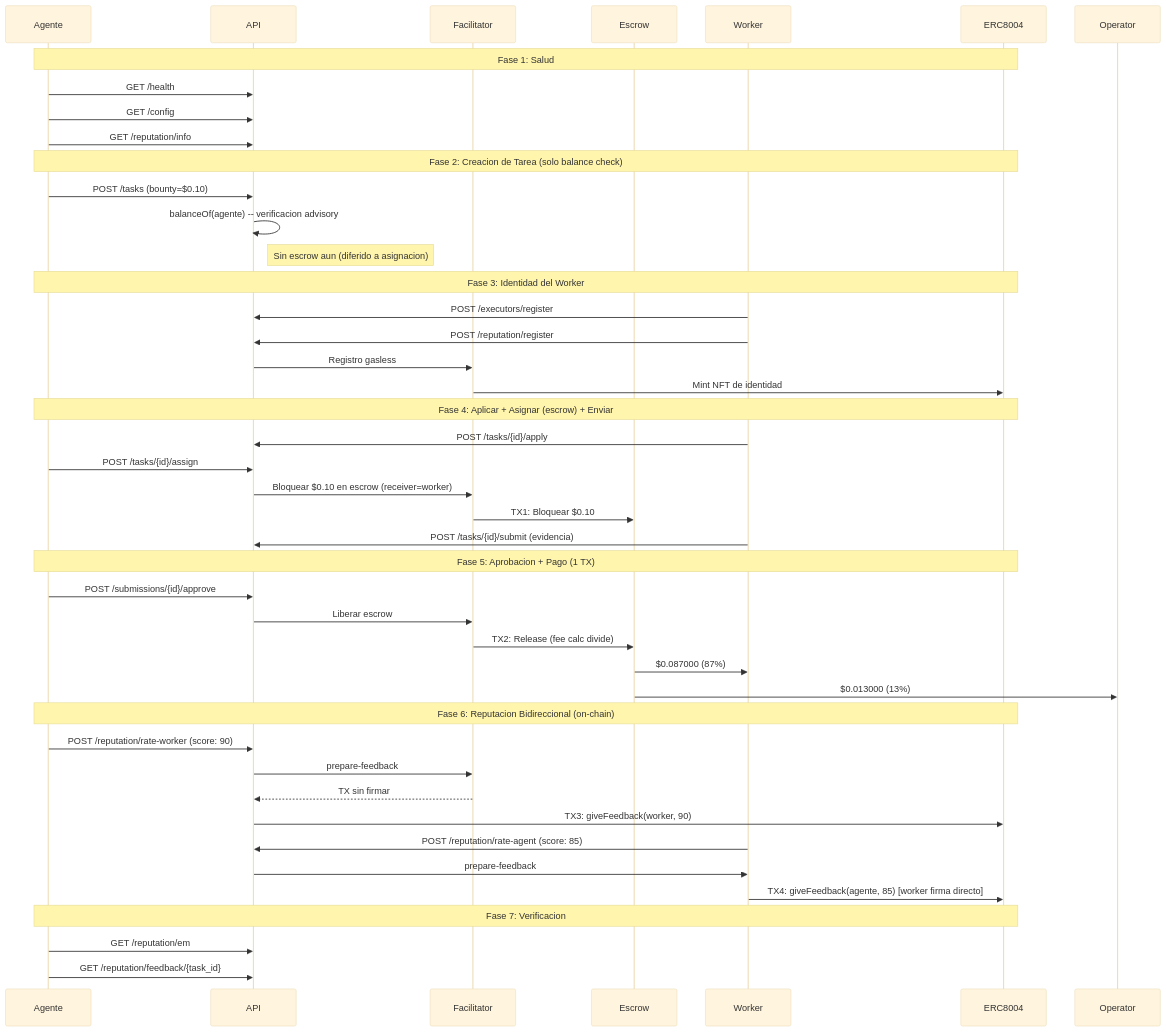
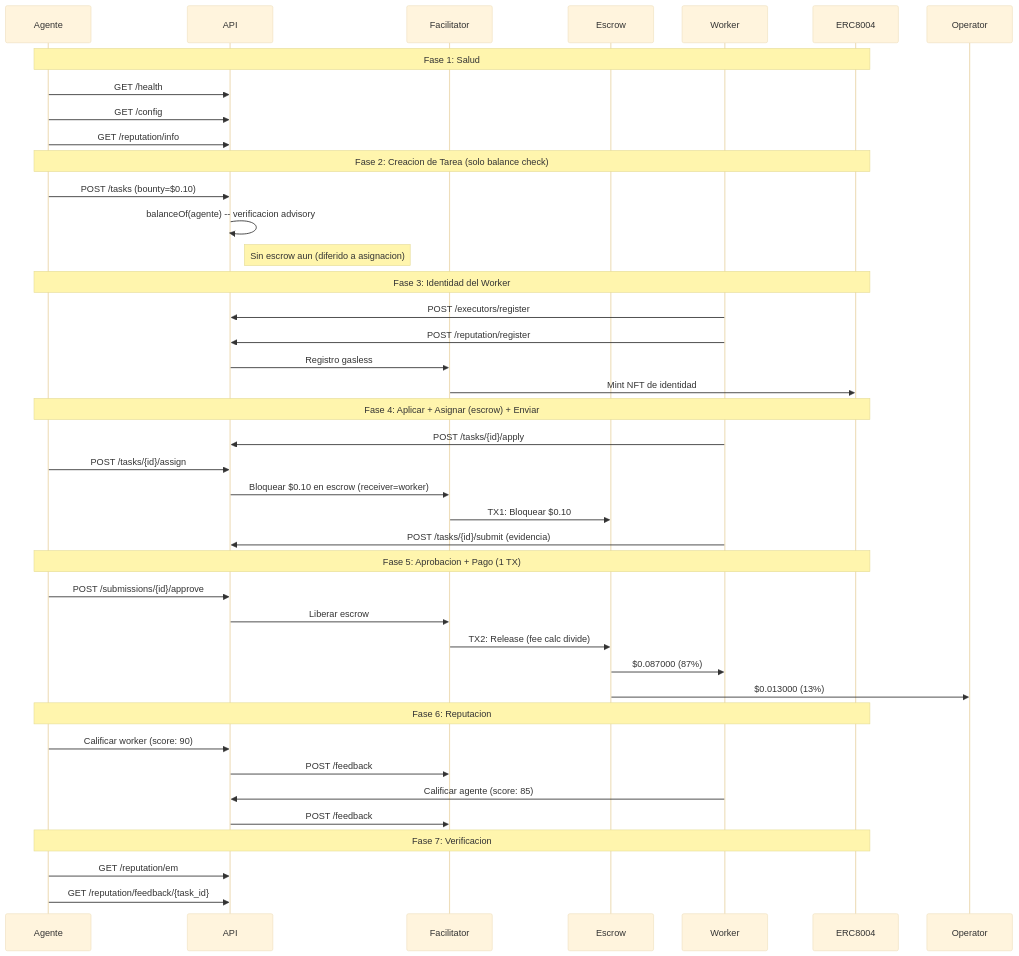
The diagram in docs/reports/GOLDEN_FLOW_REPORT.es.md (UltravioletaDAO/execution-market), drawn with Mermaid (base theme) before and after one commit. The commit also changed other lines of this file and 2 other files, not shown here.

Commit message:
docs: update Golden Flow report — Phase 4 dream Feb 16, 2026 (6/7 PASS, 4 TXs)

````diff
--- a/docs/reports/GOLDEN_FLOW_REPORT.es.md
+++ b/docs/reports/GOLDEN_FLOW_REPORT.es.md
@@ -60,52 +40,49 @@
 ```mermaid
 sequenceDiagram
     participant Agente
     participant API
     participant Facilitator
     participant Escrow
     participant Worker
     participant ERC8004
 
     Note over Agente,ERC8004: Fase 1: Salud
     Agente->>API: GET /health
     Agente->>API: GET /config
     Agente->>API: GET /reputation/info
 
     Note over Agente,ERC8004: Fase 2: Creacion de Tarea (solo balance check)
     Agente->>API: POST /tasks (bounty=$0.10)
     API->>API: balanceOf(agente) -- verificacion advisory
     Note right of API: Sin escrow aun (diferido a asignacion)
 
     Note over Agente,ERC8004: Fase 3: Identidad del Worker
     Worker->>API: POST /executors/register
     Worker->>API: POST /reputation/register
     API->>Facilitator: Registro gasless
     Facilitator->>ERC8004: Mint NFT de identidad
 
     Note over Agente,ERC8004: Fase 4: Aplicar + Asignar (escrow) + Enviar
     Worker->>API: POST /tasks/{id}/apply
     Agente->>API: POST /tasks/{id}/assign
     API->>Facilitator: Bloquear $0.10 en escrow (receiver=worker)
     Facilitator->>Escrow: TX1: Bloquear $0.10
     Worker->>API: POST /tasks/{id}/submit (evidencia)
 
     Note over Agente,ERC8004: Fase 5: Aprobacion + Pago (1 TX)
     Agente->>API: POST /submissions/{id}/approve
     API->>Facilitator: Liberar escrow
     Facilitator->>Escrow: TX2: Release (fee calc divide)
     Escrow->>Worker: $0.087000 (87%)
     Escrow->>Operator: $0.013000 (13%)
 
-    Note over Agente,ERC8004: Fase 6: Reputacion Bidireccional (on-chain)
-    Agente->>API: POST /reputation/rate-worker (score: 90)
-    API->>Facilitator: prepare-feedback
-    Facilitator-->>API: TX sin firmar
-    API->>ERC8004: TX3: giveFeedback(worker, 90)
-    Worker->>API: POST /reputation/rate-agent (score: 85)
-    API->>Worker: prepare-feedback
-    Worker->>ERC8004: TX4: giveFeedback(agente, 85) [worker firma directo]
+    Note over Agente,ERC8004: Fase 6: Reputacion
+    Agente->>API: Calificar worker (score: 90)
+    API->>Facilitator: POST /feedback
+    Worker->>API: Calificar agente (score: 85)
+    API->>Facilitator: POST /feedback
 
     Note over Agente,ERC8004: Fase 7: Verificacion
     Agente->>API: GET /reputation/em
     Agente->>API: GET /reputation/feedback/{task_id}
 ```
````
